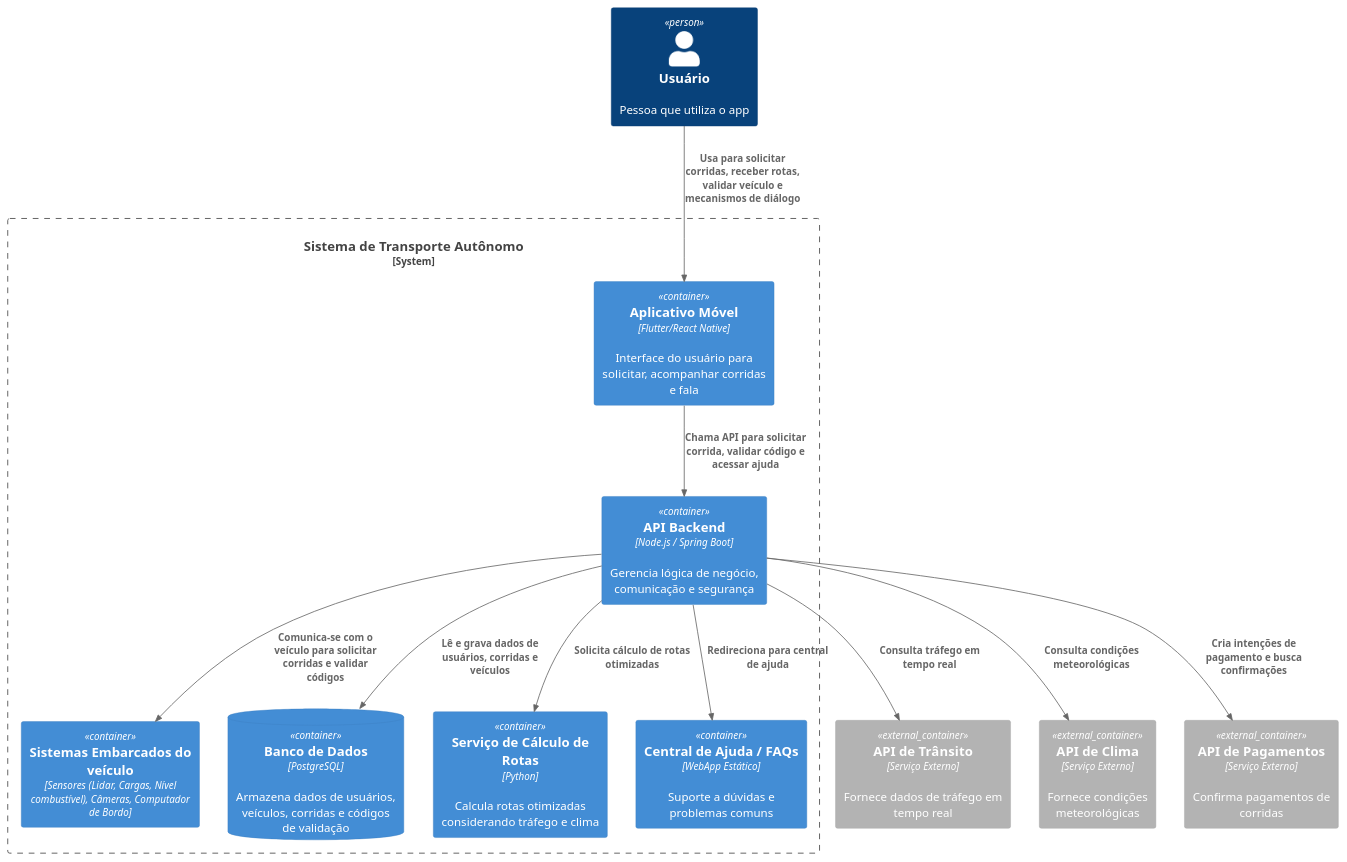
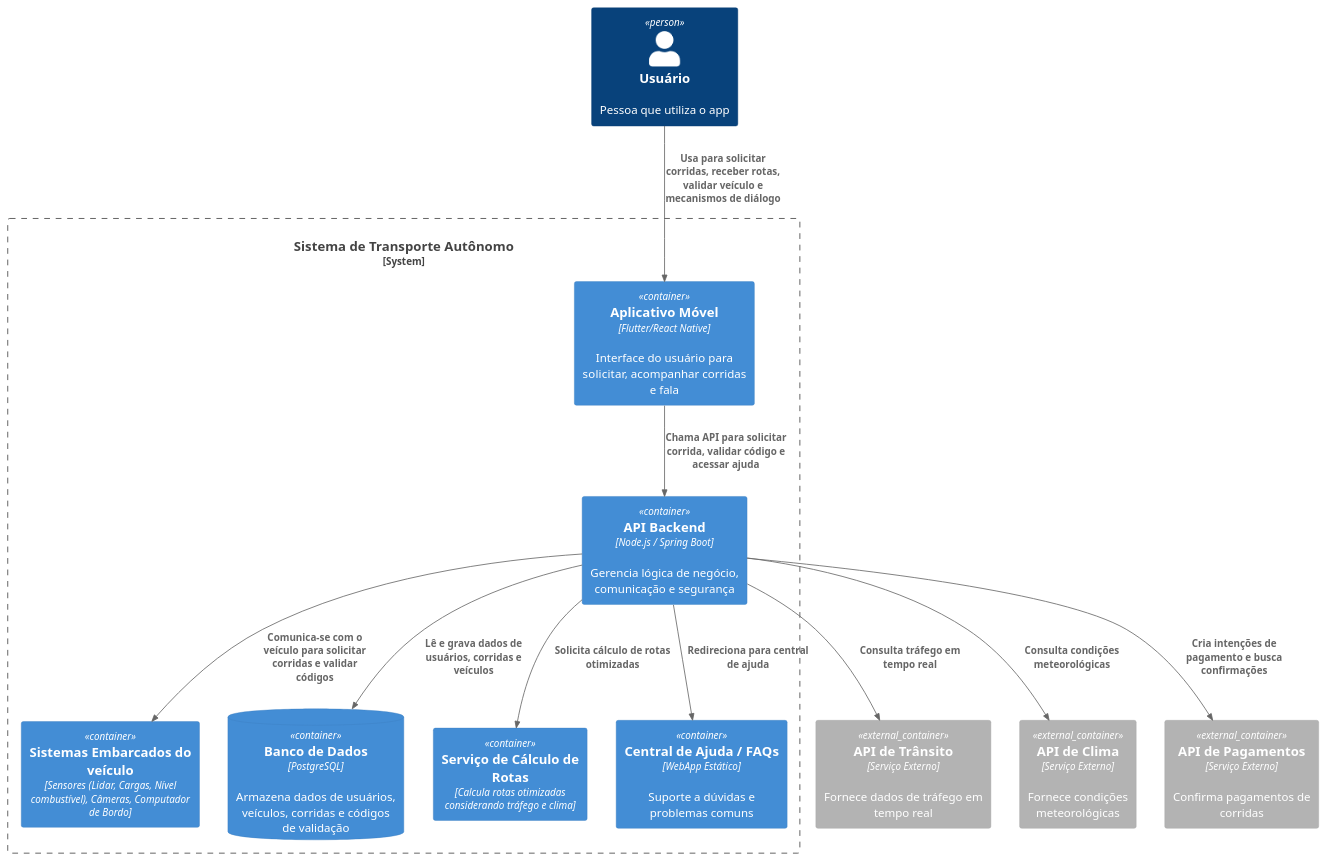
Before and after one commit to gilmarUFG/as_es_20251_g6: the diagram in trabalho_final/Diagramas (Iteraçao final)/container.puml, drawn with PlantUML.

Commit message:
fix: update service description for route calculation in container diagram

```diff
--- a/trabalho_final/Diagramas (Iteraçao final)/container.puml
+++ b/trabalho_final/Diagramas (Iteraçao final)/container.puml
@@ -1,29 +1,29 @@
 @startuml
 !include https://raw.githubusercontent.com/plantuml-stdlib/C4-PlantUML/master/C4_Container.puml
 
 Person(usuario, "Usuário", "Pessoa que utiliza o app")
 System_Boundary(sistema, "Sistema de Transporte Autônomo") {
   Container(appMobile, "Aplicativo Móvel", "Flutter/React Native", "Interface do usuário para solicitar, acompanhar corridas e fala ")
   Container(veiculo, "Sistemas Embarcados do veículo", "Sensores (Lidar, Cargas, Nível combustível), Câmeras, Computador de Bordo")
   Container(apiBackend, "API Backend", "Node.js / Spring Boot", "Gerencia lógica de negócio, comunicação e segurança")
   ContainerDb(bancoDeDados, "Banco de Dados", "PostgreSQL", "Armazena dados de usuários, veículos, corridas e códigos de validação")
-  Container(servicoRotas, "Serviço de Cálculo de Rotas", "Python", "Calcula rotas otimizadas considerando tráfego e clima")
+  Container(servicoRotas, "Serviço de Cálculo de Rotas", "Calcula rotas otimizadas considerando tráfego e clima")
   Container(faqAjuda, "Central de Ajuda / FAQs", "WebApp Estático", "Suporte a dúvidas e problemas comuns")
 }
 
 Container_Ext(apiTrafego, "API de Trânsito", "Serviço Externo", "Fornece dados de tráfego em tempo real")
 Container_Ext(apiClima, "API de Clima", "Serviço Externo", "Fornece condições meteorológicas")
 Container_Ext(apiPagamentos, "API de Pagamentos", "Serviço Externo", "Confirma pagamentos de corridas")
 
 
 Rel(usuario, appMobile, "Usa para solicitar corridas, receber rotas, validar veículo e mecanismos de diálogo")
 Rel(apiBackend, veiculo, "Comunica-se com o veículo para solicitar corridas e validar códigos")
 Rel(appMobile, apiBackend, "Chama API para solicitar corrida, validar código e acessar ajuda")
 Rel(apiBackend, bancoDeDados, "Lê e grava dados de usuários, corridas e veículos")
 Rel(apiBackend, servicoRotas, "Solicita cálculo de rotas otimizadas")
 Rel(apiBackend, faqAjuda, "Redireciona para central de ajuda")
 Rel(apiBackend, apiTrafego, "Consulta tráfego em tempo real")
 Rel(apiBackend, apiClima, "Consulta condições meteorológicas")
 Rel(apiBackend, apiPagamentos, "Cria intenções de pagamento e busca confirmações")
 
 @enduml
```
